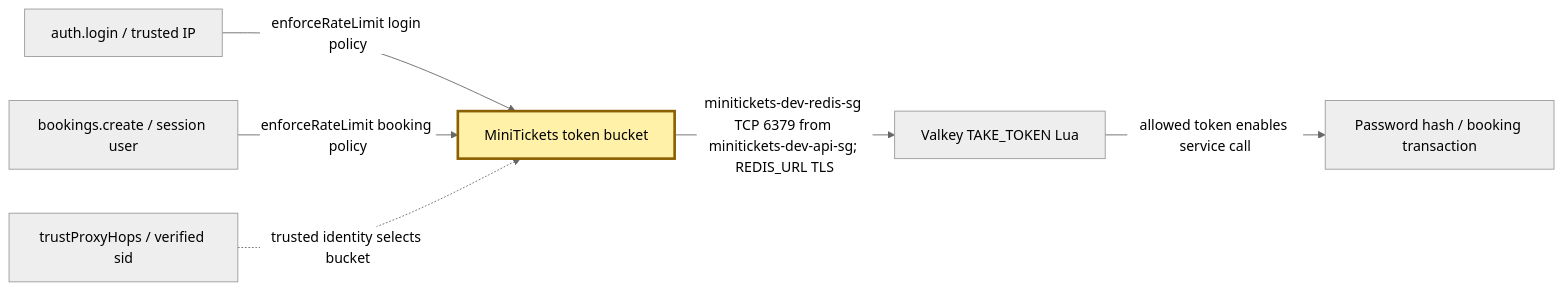
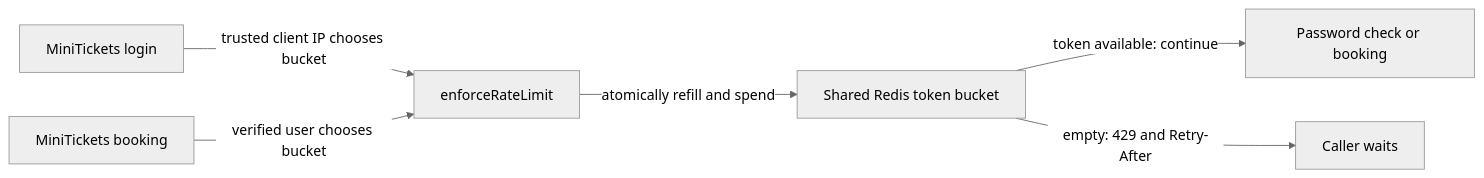
One commit to maheshnd/minitickets changed the diagram in docs/handbook/concepts/rate-limiting.md. Above: the diagram before and after it, drawn with Mermaid (neutral theme). The commit also changed other lines of this file and 39 other files, not shown here.

````diff
--- a/docs/handbook/concepts/rate-limiting.md
+++ b/docs/handbook/concepts/rate-limiting.md
@@ -15,10 +19,8 @@
 ```mermaid
 flowchart LR
-    login["auth.login / trusted IP"] -->|"enforceRateLimit login policy"| limiter["MiniTickets token bucket"]
-    booking["bookings.create / session user"] -->|"enforceRateLimit booking policy"| limiter
-    limiter -->|"minitickets-dev-redis-sg TCP 6379 from minitickets-dev-api-sg; REDIS_URL TLS"| redis["Valkey TAKE_TOKEN Lua"]
-    redis -->|"allowed token enables service call"| work["Password hash / booking transaction"]
-    guard["trustProxyHops / verified sid"] -.->|"trusted identity selects bucket"| limiter
-    classDef focus fill:#fff1a8,stroke:#8a6100,stroke-width:3px
-    class limiter focus
+    L["MiniTickets login"] -->|"trusted client IP chooses bucket"| A["enforceRateLimit"]
+    B["MiniTickets booking"] -->|"verified user chooses bucket"| A
+    A -->|"atomically refill and spend"| R["Shared Redis token bucket"]
+    R -->|"token available: continue"| W["Password check or booking"]
+    R -->|"empty: 429 and Retry-After"| C["Caller waits"]
 ```
````
